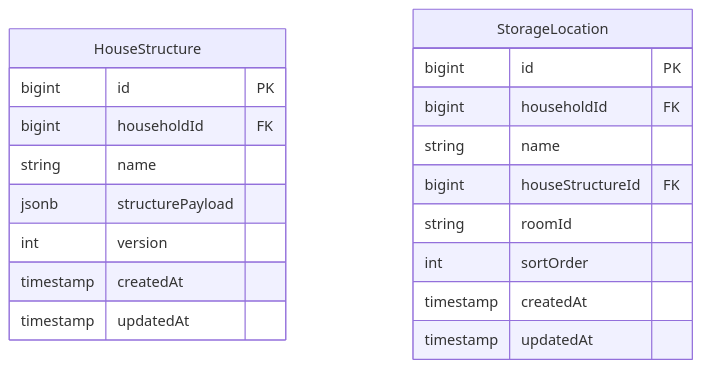
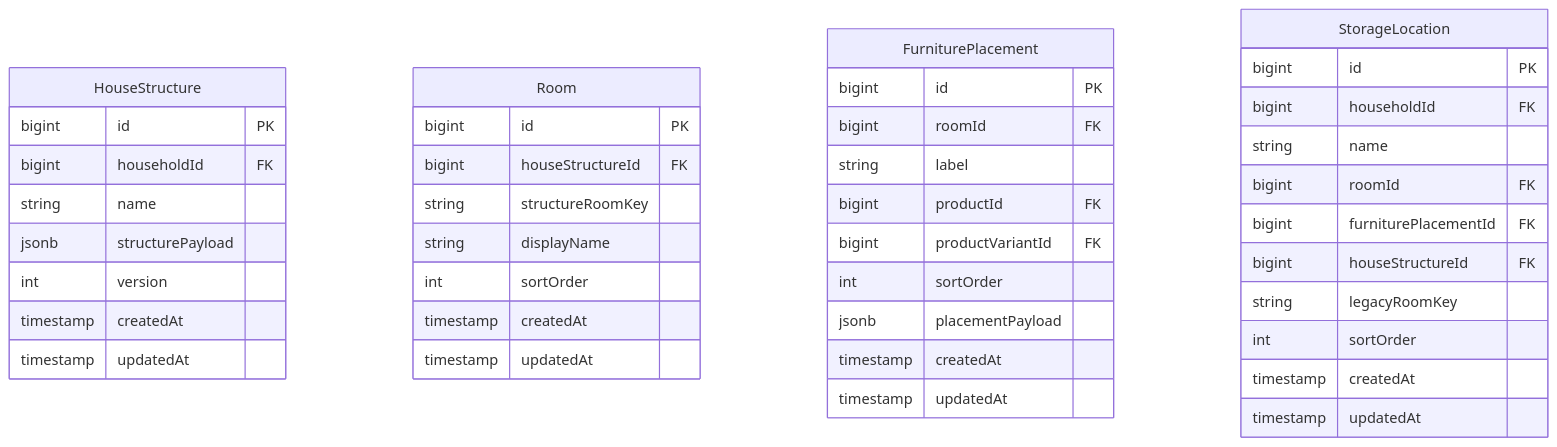
The third of 7 diagrams in docs/entity-logical-design.md (wukdddang/home-inventory-manager), drawn with Mermaid before and after one commit. The commit also changed other lines of this file and 4 other files, not shown here.

````diff
--- a/docs/entity-logical-design.md
+++ b/docs/entity-logical-design.md
@@ -95,22 +99,44 @@
 ```mermaid
 erDiagram
     HouseStructure {
         bigint id PK
         bigint householdId FK
         string name
         jsonb structurePayload
         int version
         timestamp createdAt
         timestamp updatedAt
     }
+    Room {
+        bigint id PK
+        bigint houseStructureId FK
+        string structureRoomKey
+        string displayName
+        int sortOrder
+        timestamp createdAt
+        timestamp updatedAt
+    }
+    FurniturePlacement {
+        bigint id PK
+        bigint roomId FK
+        string label
+        bigint productId FK
+        bigint productVariantId FK
+        int sortOrder
+        jsonb placementPayload
+        timestamp createdAt
+        timestamp updatedAt
+    }
     StorageLocation {
         bigint id PK
         bigint householdId FK
         string name
+        bigint roomId FK
+        bigint furniturePlacementId FK
         bigint houseStructureId FK
-        string roomId
+        string legacyRoomKey
         int sortOrder
         timestamp createdAt
         timestamp updatedAt
     }
 ```
````
